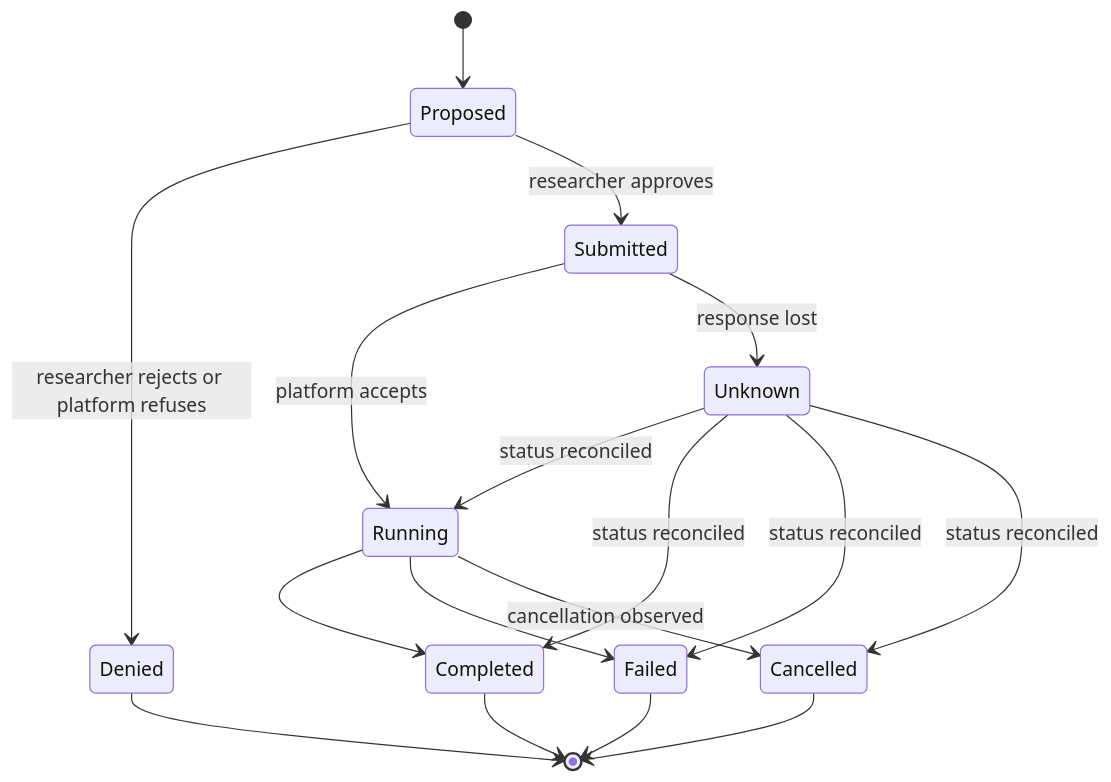
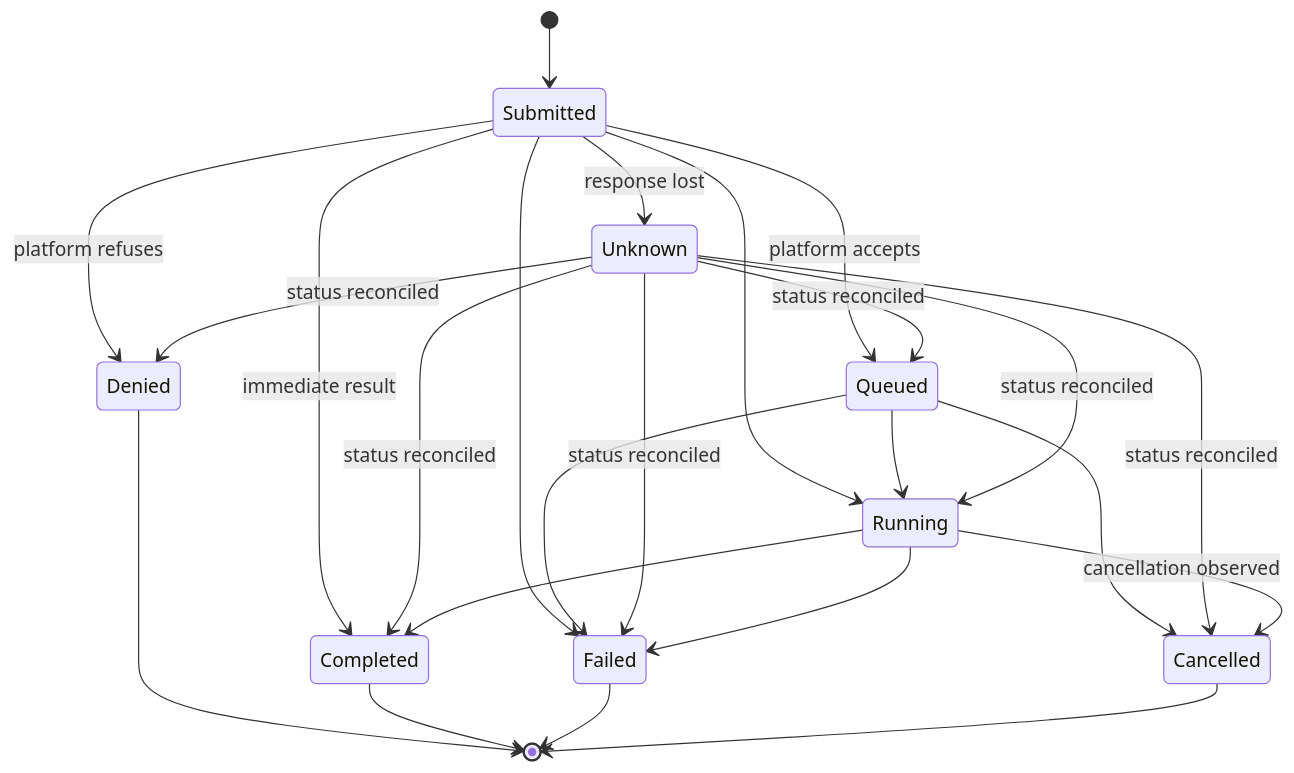
Before and after one commit to SchmiedmayerLab/heartwood: the fourth of 6 diagrams in documentation/operate/platform-contract.md, drawn with Mermaid. The commit also changed other lines of this file and 50 other files, not shown here.

````diff
--- a/documentation/operate/platform-contract.md
+++ b/documentation/operate/platform-contract.md
@@ -297,19 +534,26 @@
 ```mermaid
 stateDiagram-v2
-    [*] --> Proposed
-    Proposed --> Denied: researcher rejects or platform refuses
-    Proposed --> Submitted: researcher approves
-    Submitted --> Running: platform accepts
+    [*] --> Submitted
+    Submitted --> Denied: platform refuses
+    Submitted --> Queued: platform accepts
+    Submitted --> Running
+    Submitted --> Completed: immediate result
+    Submitted --> Failed
     Submitted --> Unknown: response lost
+    Queued --> Running
+    Queued --> Cancelled
+    Queued --> Failed
+    Unknown --> Denied: status reconciled
+    Unknown --> Queued: status reconciled
     Unknown --> Running: status reconciled
     Unknown --> Completed: status reconciled
     Unknown --> Failed: status reconciled
     Unknown --> Cancelled: status reconciled
     Running --> Completed
     Running --> Failed
     Running --> Cancelled: cancellation observed
     Denied --> [*]
     Completed --> [*]
     Failed --> [*]
     Cancelled --> [*]
 ```
````
